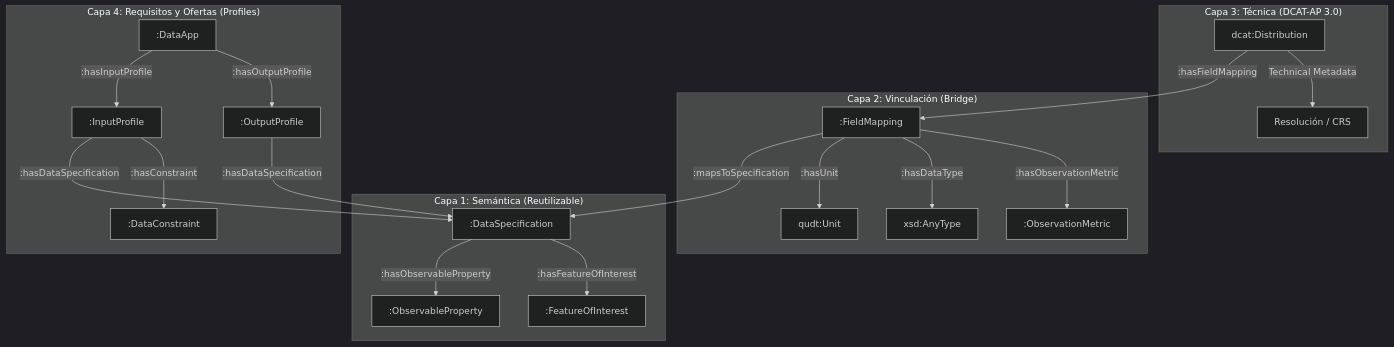
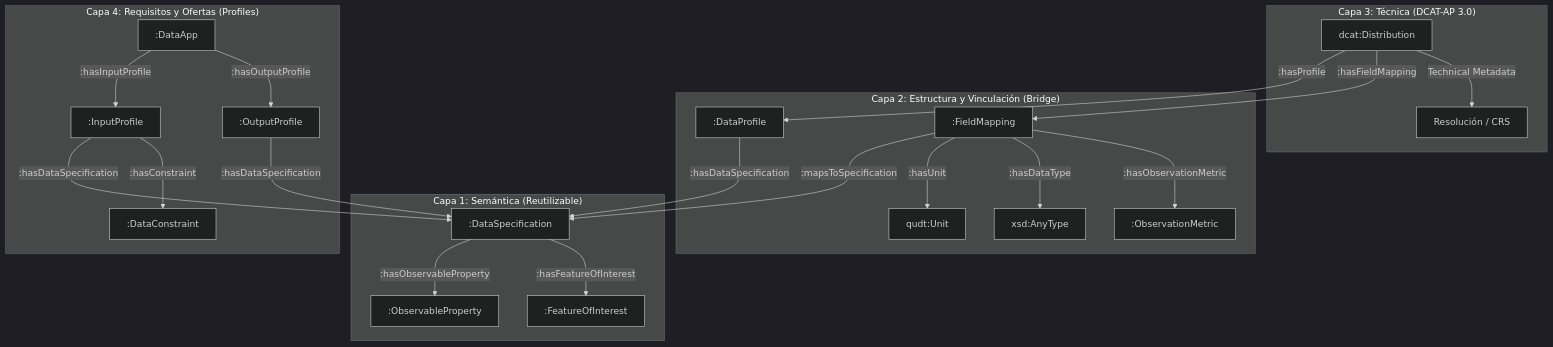
The first of 3 diagrams in docs/ONTOLOGY_OVERVIEW_DIAGRAM_ES.md (KhaosResearch/EDAAnOWL), drawn with Mermaid (dark theme) before and after one commit. The commit also changed other lines of this file and 10 other files, not shown here.

Commit message:
docs(architecture): harmonize documentation and diagrams with v1.2.0 semantic symmetry

````diff
--- a/docs/ONTOLOGY_OVERVIEW_DIAGRAM_ES.md
+++ b/docs/ONTOLOGY_OVERVIEW_DIAGRAM_ES.md
@@ -11,41 +11,44 @@
 ```mermaid
 graph TD
     subgraph Capa1 ["Capa 1: Semántica (Reutilizable)"]
         Spec[":DataSpecification"]
         OP[":ObservableProperty"]
         FOI[":FeatureOfInterest"]
         Spec -- ":hasObservableProperty" --> OP
         Spec -- ":hasFeatureOfInterest" --> FOI
     end
 
-    subgraph Capa2 ["Capa 2: Vinculación (Bridge)"]
+    subgraph Capa2 ["Capa 2: Estructura y Vinculación (Bridge)"]
+        Prof[":DataProfile"]
         Mapping[":FieldMapping"]
         Unit["qudt:Unit"]
         DType["xsd:AnyType"]
         ObsMetric[":ObservationMetric"]
+        Prof -- ":hasDataSpecification" --> Spec
         Mapping -- ":mapsToSpecification" --> Spec
         Mapping -- ":hasUnit" --> Unit
         Mapping -- ":hasDataType" --> DType
         Mapping -- ":hasObservationMetric" --> ObsMetric
     end
 
     subgraph Capa3 ["Capa 3: Técnica (DCAT-AP 3.0)"]
         Dist["dcat:Distribution"]
         Res["Resolución / CRS"]
+        Dist -- ":hasProfile" --> Prof
         Dist -- ":hasFieldMapping" --> Mapping
         Dist -- "Technical Metadata" --> Res
     end
 
     subgraph Capa4 ["Capa 4: Requisitos y Ofertas (Profiles)"]
         App[":DataApp"]
         InProf[":InputProfile"]
         OutProf[":OutputProfile"]
         Cons[":DataConstraint"]
         
         App -- ":hasInputProfile" --> InProf
         App -- ":hasOutputProfile" --> OutProf
         InProf -- ":hasDataSpecification" --> Spec
         InProf -- ":hasConstraint" --> Cons
         OutProf -- ":hasDataSpecification" --> Spec
     end
 ```
````
